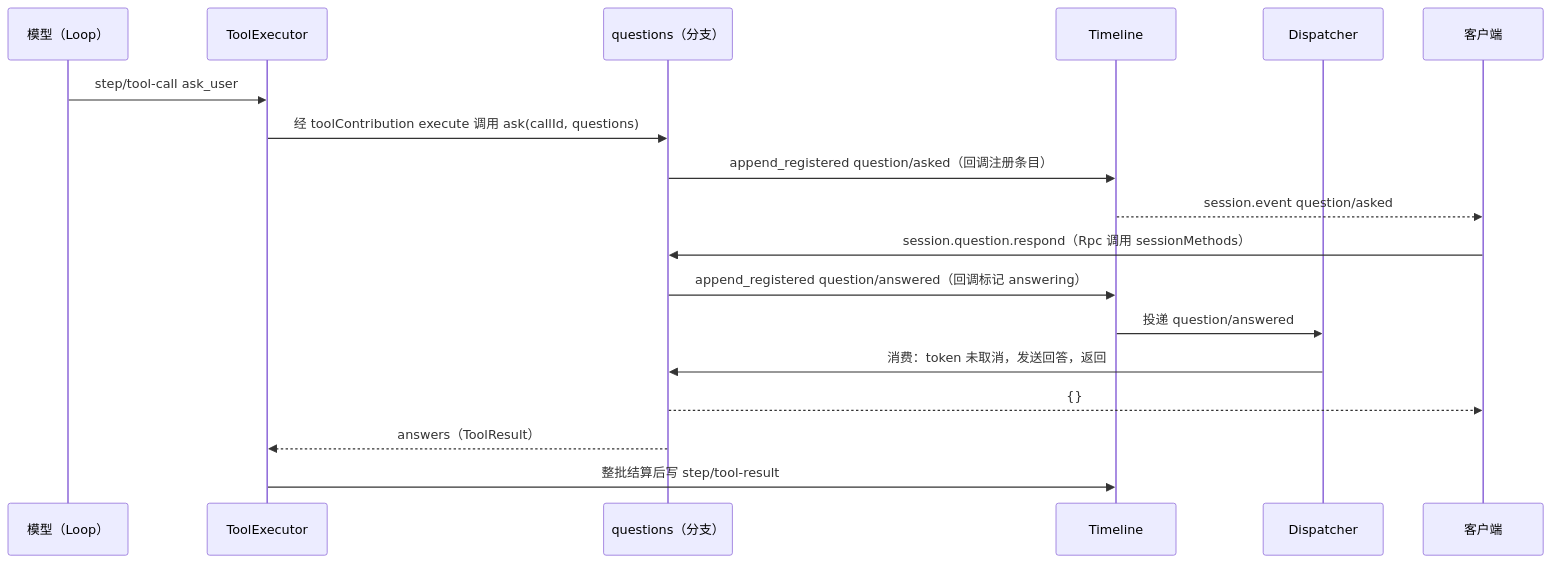
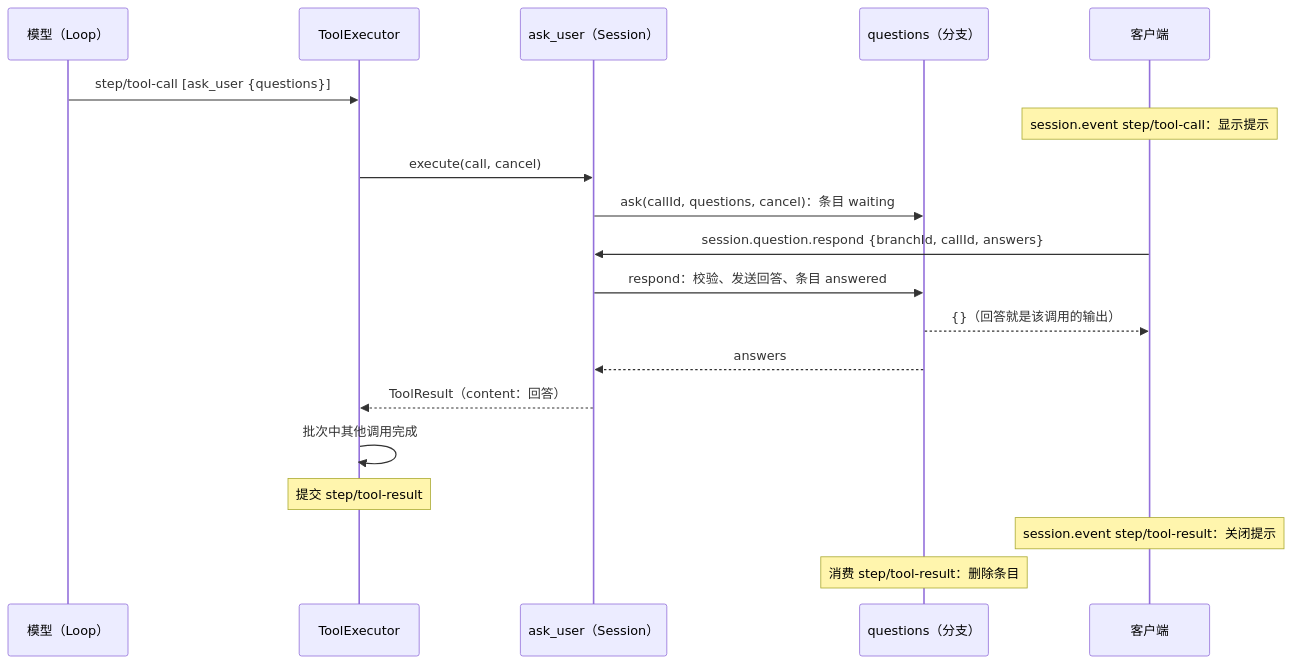
Before and after one commit to CoutinhoTTS/dim-agent: the third of 4 diagrams in docs/zh/design/plugins/Questions.md, drawn with Mermaid. The commit also changed other lines of this file and 13 other files, not shown here.

First line of the commit message:
docs(questions): redesign ask_user so the answer is the tool result

````diff
--- a/docs/zh/design/plugins/Questions.md
+++ b/docs/zh/design/plugins/Questions.md
@@ -94,20 +87,21 @@
 ```mermaid
 sequenceDiagram
   participant M as 模型（Loop）
   participant TE as ToolExecutor
-  participant Q as questions（分支）
-  participant TL as Timeline
-  participant D as Dispatcher
+  participant QS as ask_user（Session）
+  participant QB as questions（分支）
   participant C as 客户端
-  M->>TE: step/tool-call ask_user
-  TE->>Q: 经 toolContribution execute 调用 ask(callId, questions)
-  Q->>TL: append_registered question/asked（回调注册条目）
-  TL-->>C: session.event question/asked
-  C->>Q: session.question.respond（Rpc 调用 sessionMethods）
-  Q->>TL: append_registered question/answered（回调标记 answering）
-  TL->>D: 投递 question/answered
-  D->>Q: 消费：token 未取消，发送回答，返回
-  Q-->>C: {}
-  Q-->>TE: answers（ToolResult）
-  TE->>TL: 整批结算后写 step/tool-result
+  M->>TE: step/tool-call [ask_user {questions}]
+  Note over C: session.event step/tool-call：显示提示
+  TE->>QS: execute(call, cancel)
+  QS->>QB: ask(callId, questions, cancel)：条目 waiting
+  C->>QS: session.question.respond {branchId, callId, answers}
+  QS->>QB: respond：校验、发送回答、条目 answered
+  QB-->>C: {}（回答就是该调用的输出）
+  QB-->>QS: answers
+  QS-->>TE: ToolResult（content：回答）
+  TE->>TE: 批次中其他调用完成
+  Note over TE: 提交 step/tool-result
+  Note over C: session.event step/tool-result：关闭提示
+  Note over QB: 消费 step/tool-result：删除条目
 ```
````
